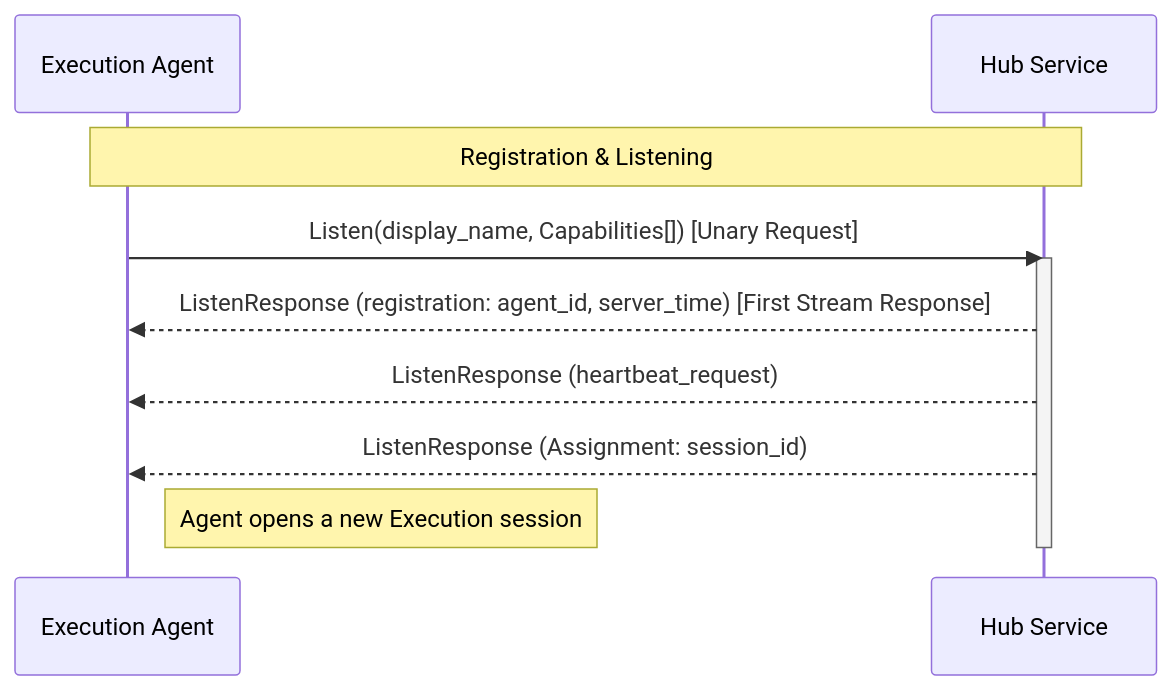
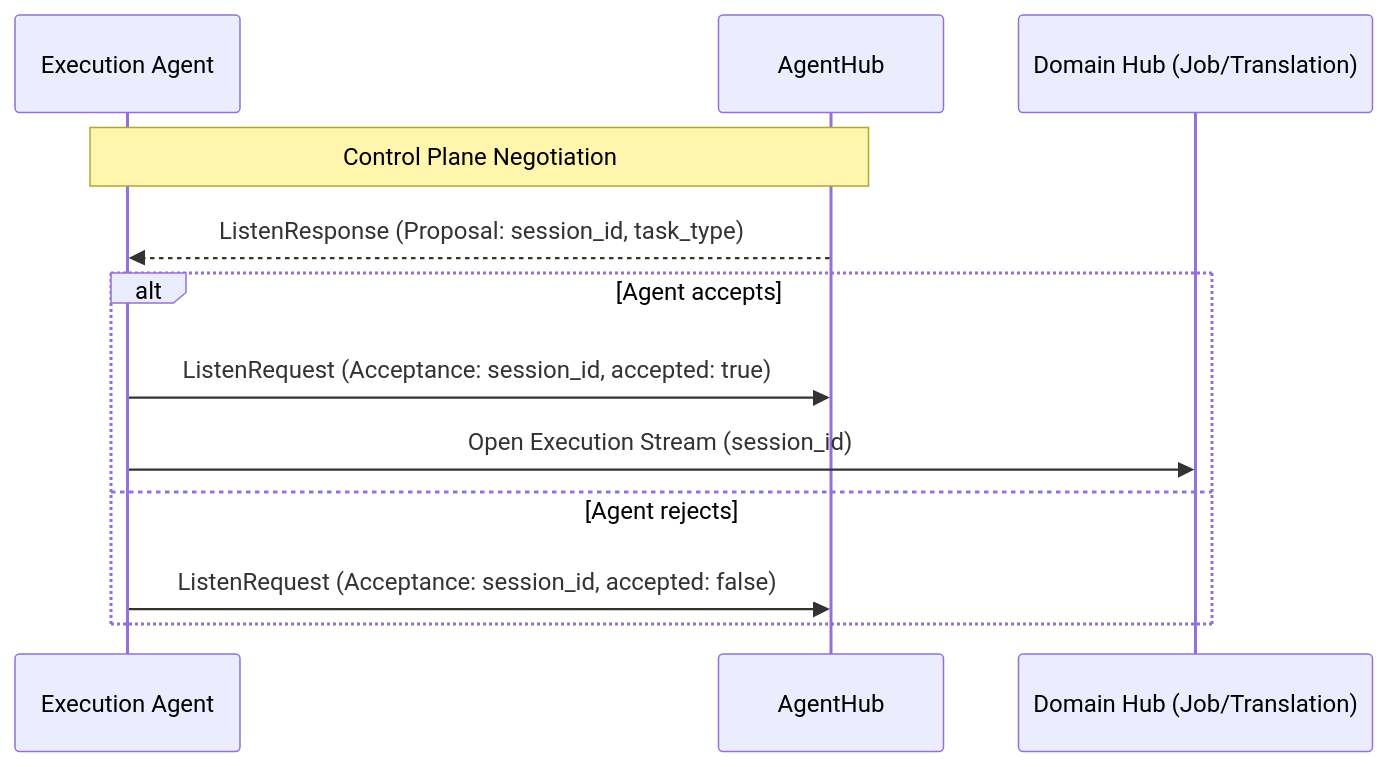
Before and after one commit to HSGamer/TestGenesis: the second of 3 diagrams in specification/PROTOCOL.md, drawn with Mermaid. The commit also changed other lines of this file and 28 other files, not shown here.

````diff
--- a/specification/PROTOCOL.md
+++ b/specification/PROTOCOL.md
@@ -24,14 +47,15 @@
 ```mermaid
 sequenceDiagram
     participant A as Execution Agent
-    participant H as Hub Service
+    participant H as AgentHub
+    participant EH as Domain Hub (Job/Translation)
 
-    Note over A,H: Registration & Listening
-    A->>H: Listen(display_name, Capabilities[]) [Unary Request]
-    activate H
-    H-->>A: ListenResponse (registration: agent_id, server_time) [First Stream Response]
-    H-->>A: ListenResponse (heartbeat_request)
-    H-->>A: ListenResponse (Assignment: session_id)
-    Note right of A: Agent opens a new Execution session
-    deactivate H
+    Note over A,H: Control Plane Negotiation
+    H-->>A: ListenResponse (Proposal: session_id, task_type)
+    alt Agent accepts
+        A->>H: ListenRequest (Acceptance: session_id, accepted: true)
+        A->>EH: Open Execution Stream (session_id)
+    else Agent rejects
+        A->>H: ListenRequest (Acceptance: session_id, accepted: false)
+    end
 ```
````
